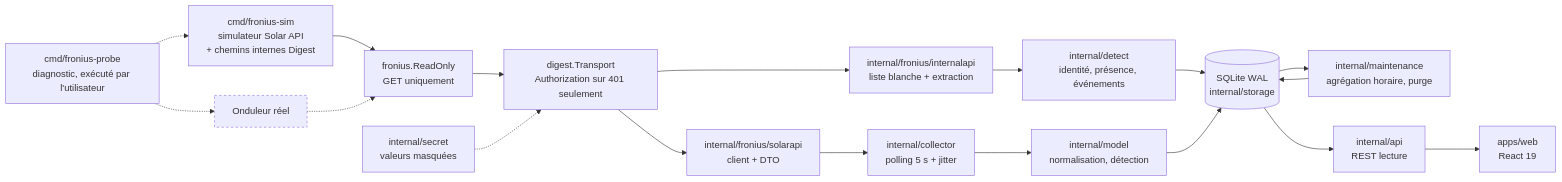
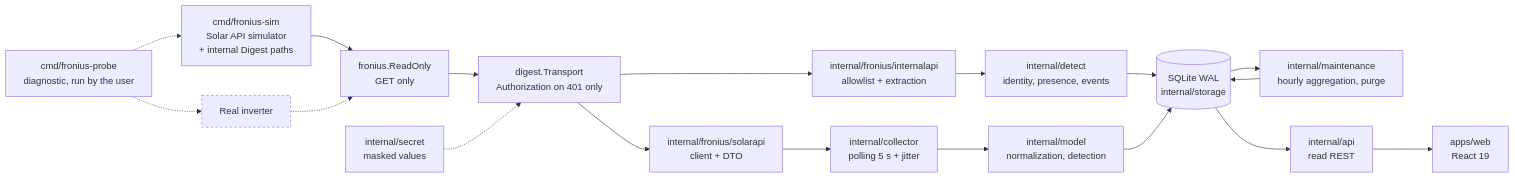
Before and after one commit to remylavergne/fronius-dashboard: the diagram in docs/ARCHITECTURE.md, drawn with Mermaid. The commit also changed other lines of this file and 134 other files, not shown here.

````diff
--- a/docs/ARCHITECTURE.md
+++ b/docs/ARCHITECTURE.md
@@ -9,34 +9,34 @@
 ```mermaid
 flowchart LR
-  SIM["cmd/fronius-sim<br/>simulateur Solar API<br/>+ chemins internes Digest"]
-  INV["Onduleur réel"]:::futur
-  RO["fronius.ReadOnly<br/>GET uniquement"]
-  DG["digest.Transport<br/>Authorization sur 401 seulement"]
+  SIM["cmd/fronius-sim<br/>Solar API simulator<br/>+ internal Digest paths"]
+  INV["Real inverter"]:::futur
+  RO["fronius.ReadOnly<br/>GET only"]
+  DG["digest.Transport<br/>Authorization on 401 only"]
   SA["internal/fronius/solarapi<br/>client + DTO"]
-  IA["internal/fronius/internalapi<br/>liste blanche + extraction"]
+  IA["internal/fronius/internalapi<br/>allowlist + extraction"]
   COL["internal/collector<br/>polling 5 s + jitter"]
-  DET["internal/detect<br/>identité, présence, événements"]
-  MAINT["internal/maintenance<br/>agrégation horaire, purge"]
-  MOD["internal/model<br/>normalisation, détection"]
-  SEC["internal/secret<br/>valeurs masquées"]
+  DET["internal/detect<br/>identity, presence, events"]
+  MAINT["internal/maintenance<br/>hourly aggregation, purge"]
+  MOD["internal/model<br/>normalization, detection"]
+  SEC["internal/secret<br/>masked values"]
   DB[("SQLite WAL<br/>internal/storage")]
-  API["internal/api<br/>REST lecture"]
+  API["internal/api<br/>read REST"]
   WEB["apps/web<br/>React 19"]
-  PROBE["cmd/fronius-probe<br/>diagnostic, exécuté par l'utilisateur"]
+  PROBE["cmd/fronius-probe<br/>diagnostic, run by the user"]
 
   SIM --> RO
   INV -.-> RO
   RO --> DG
   DG --> SA --> COL
   DG --> IA --> DET
   DET --> DB
   COL --> MOD --> DB
   MAINT --> DB
   DB --> MAINT
   SEC -.-> DG
   PROBE -.-> SIM
   PROBE -.-> INV
   DB --> API --> WEB
 
   classDef futur stroke-dasharray: 4 4
 ```
````
